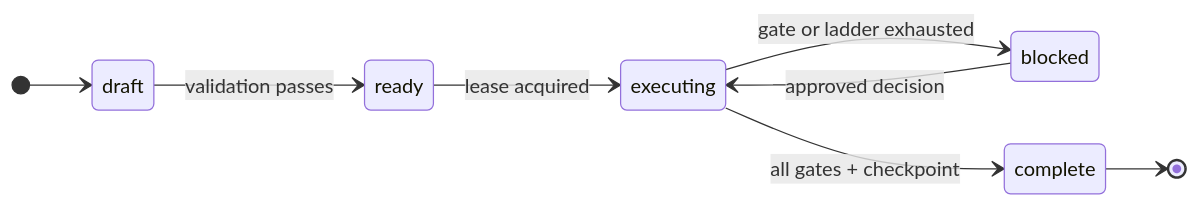
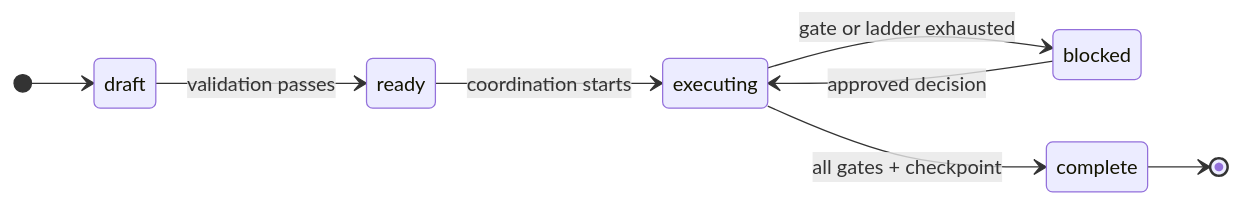
One commit to mtomcal/dotfiles changed the ninth of 9 diagrams in shared/skills/create-engineering-plan/WORKFLOW-SHAPES.md. Above: the diagram before and after it, drawn with Mermaid. The commit also changed other lines of this file and 18 other files, not shown here.

````diff
--- a/shared/skills/create-engineering-plan/WORKFLOW-SHAPES.md
+++ b/shared/skills/create-engineering-plan/WORKFLOW-SHAPES.md
@@ -193,11 +191,11 @@
 ```mermaid
 stateDiagram-v2
     direction LR
     [*] --> draft
     draft --> ready: validation passes
-    ready --> executing: lease acquired
+    ready --> executing: coordination starts
     executing --> blocked: gate or ladder exhausted
     blocked --> executing: approved decision
     executing --> complete: all gates + checkpoint
     complete --> [*]
 ```
````
